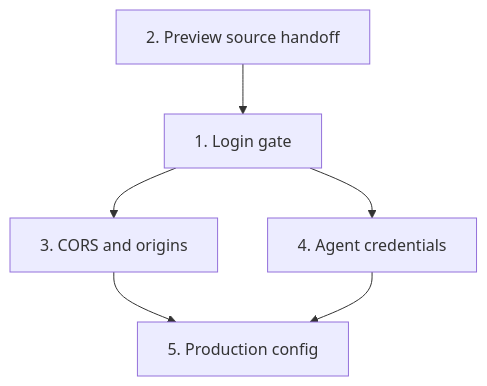
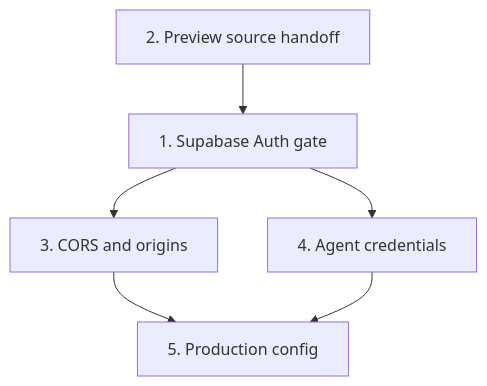
One commit to 0x1d/athanor changed the second of 2 diagrams in docs/internal/plans/007_access-control.md. Above: the diagram before and after it, drawn with Mermaid. The commit also changed other lines of this file and 2 other files, not shown here.

First line of the commit message:
docs(plans): plan free-tier deployment with Supabase auth and a codex repo

````diff
--- a/docs/internal/plans/007_access-control.md
+++ b/docs/internal/plans/007_access-control.md
@@ -46,13 +47,13 @@
 ```mermaid
 flowchart TD
-  gate[1. Login gate]
+  auth[1. Supabase Auth gate]
   handoff[2. Preview source handoff]
   cors[3. CORS and origins]
   agent[4. Agent credentials]
   config[5. Production config]
-  handoff --> gate
-  gate --> cors
-  gate --> agent
+  handoff --> auth
+  auth --> cors
+  auth --> agent
   cors --> config
   agent --> config
 ```
````
